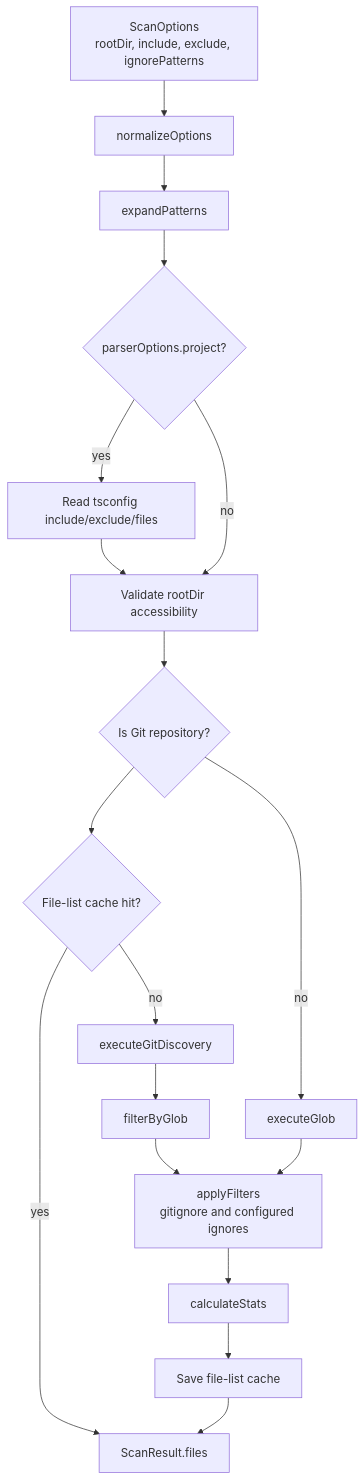
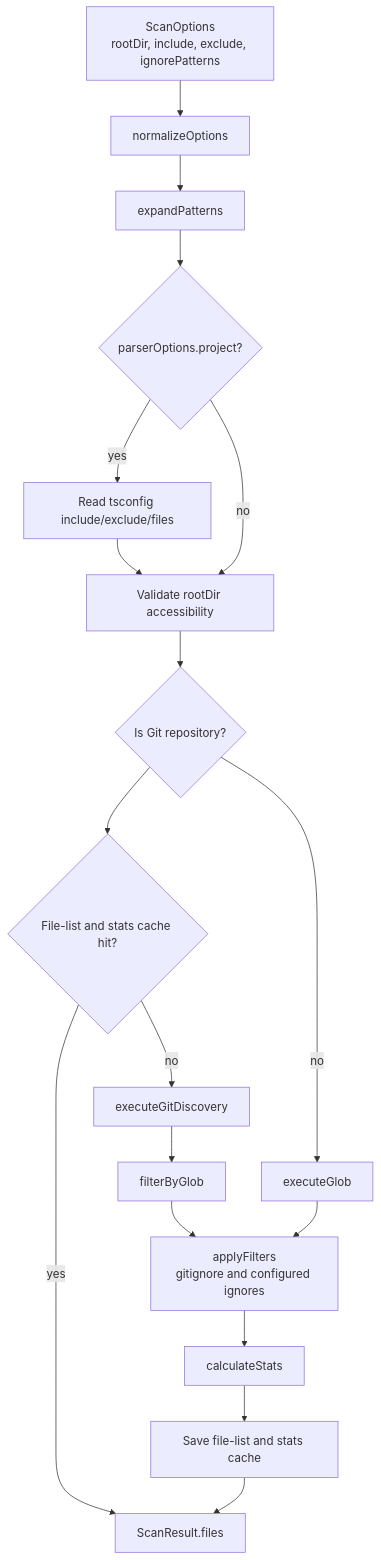
The fifth of 23 diagrams in docs/architecture.md (RoadmapDevelop/ngcompass), drawn with Mermaid before and after one commit. The commit also changed other lines of this file and 39 other files, not shown here.

````diff
--- a/docs/architecture.md
+++ b/docs/architecture.md
@@ -212,29 +212,29 @@
 ```mermaid
 flowchart TD
     Input["ScanOptions<br/>rootDir, include, exclude, ignorePatterns"]
     Normalize["normalizeOptions"]
     Expand["expandPatterns"]
     TsConfig{"parserOptions.project?"}
     TsPatterns["Read tsconfig include/exclude/files"]
     Access["Validate rootDir accessibility"]
     Git{"Is Git repository?"}
-    ScanCache{"File-list cache hit?"}
+    ScanCache{"File-list and stats cache hit?"}
     GitList["executeGitDiscovery"]
     Glob["executeGlob"]
     FilterGlob["filterByGlob"]
     ApplyFilters["applyFilters<br/>gitignore and configured ignores"]
     Stats["calculateStats"]
-    Save["Save file-list cache"]
+    Save["Save file-list and stats cache"]
     Output["ScanResult.files"]
 
     Input --> Normalize --> Expand --> TsConfig
     TsConfig -- yes --> TsPatterns --> Access
     TsConfig -- no --> Access
     Access --> Git --> ScanCache
     ScanCache -- yes --> Output
     ScanCache -- no --> GitList
     Git -- no --> Glob
     GitList --> FilterGlob --> ApplyFilters
     Glob --> ApplyFilters
     ApplyFilters --> Stats --> Save --> Output
 ```
````
